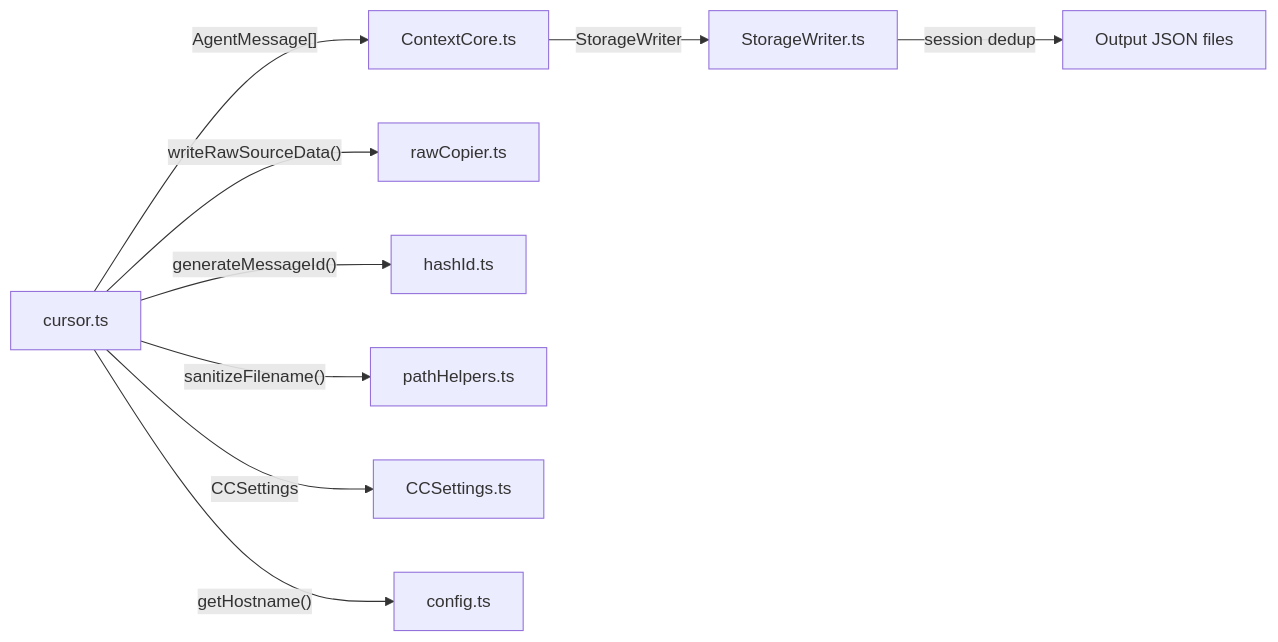
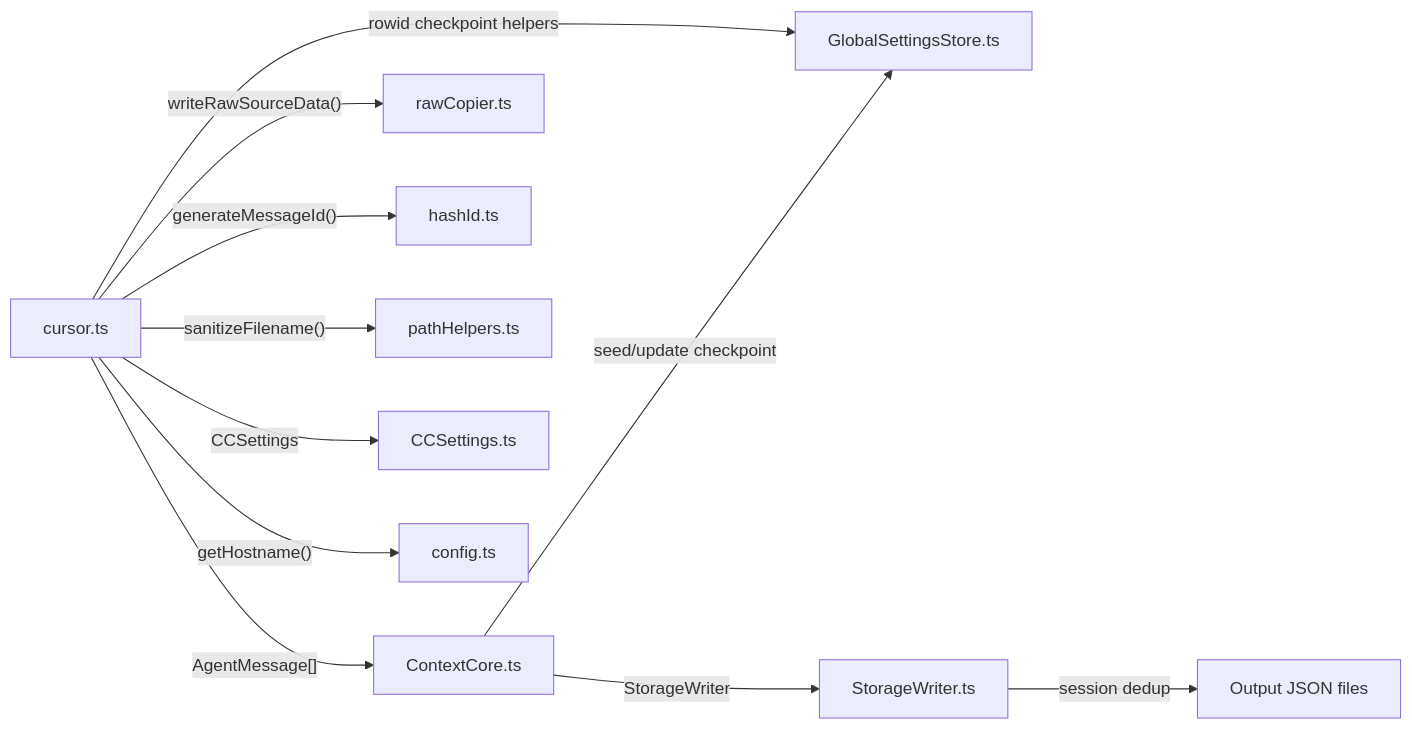
Before and after one commit to Kyliathy/context-core: the sixth of 6 diagrams in server/zz-reach2/architecture/harness/archi-h-cursor.md, drawn with Mermaid. The commit also changed other lines of this file and 23 other files, not shown here.

````diff
--- a/server/zz-reach2/architecture/harness/archi-h-cursor.md
+++ b/server/zz-reach2/architecture/harness/archi-h-cursor.md
@@ -502,11 +558,13 @@
 ```mermaid
 flowchart LR
     CURSOR["cursor.ts"] -->|"AgentMessage[]"| CC["ContextCore.ts"]
+    CURSOR -->|"rowid checkpoint helpers"| GS["GlobalSettingsStore.ts"]
     CURSOR -->|"writeRawSourceData()"| RAW["rawCopier.ts"]
     CURSOR -->|"generateMessageId()"| HASH["hashId.ts"]
     CURSOR -->|"sanitizeFilename()"| PATH["pathHelpers.ts"]
     CURSOR -->|"CCSettings"| SETTINGS["CCSettings.ts"]
     CURSOR -->|"getHostname()"| CONFIG["config.ts"]
     CC -->|"StorageWriter"| SW["StorageWriter.ts"]
+    CC -->|"seed/update checkpoint"| GS
     SW -->|"session dedup"| DISK["Output JSON files"]
 ```
````
